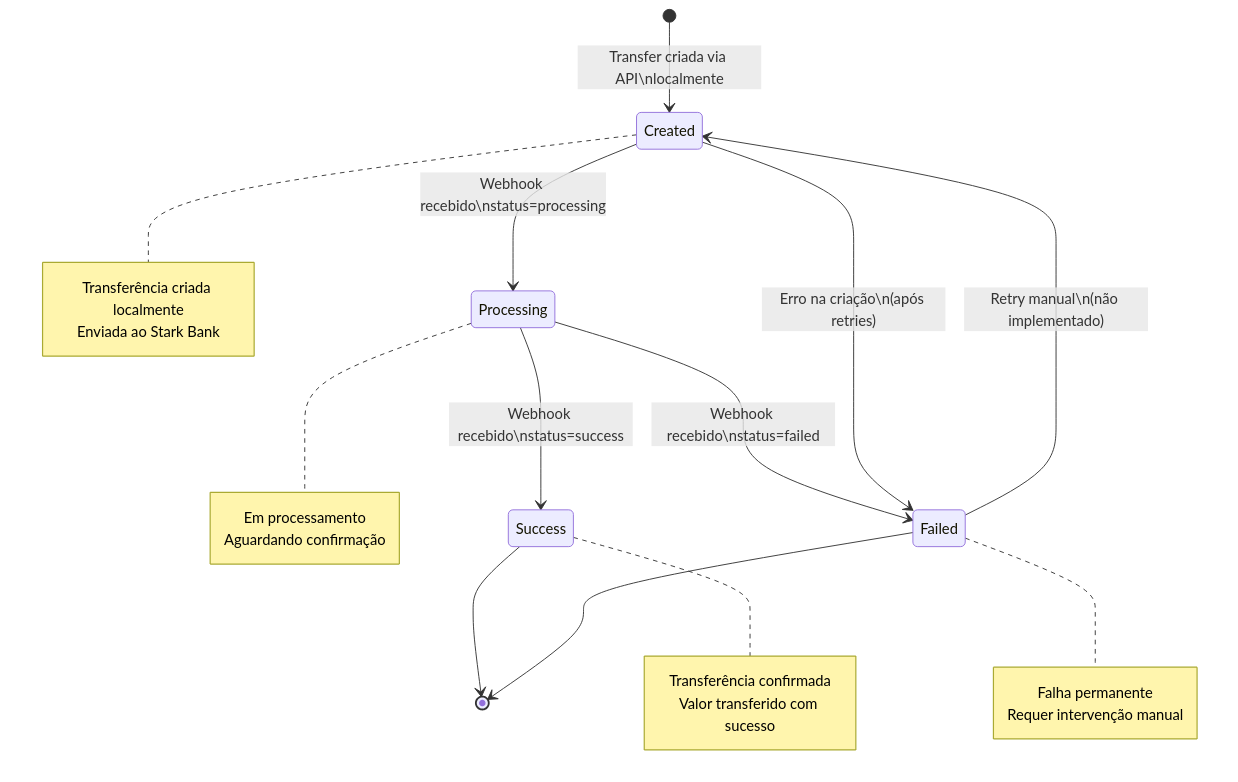
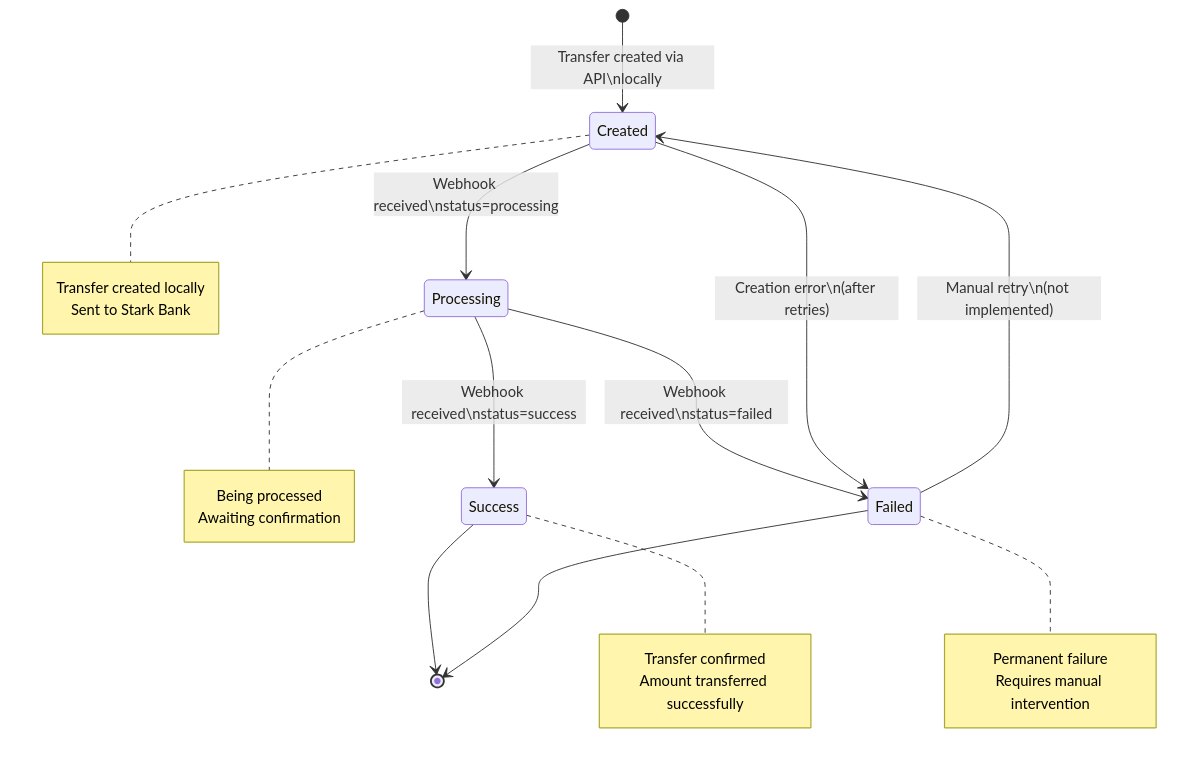
The fourth of 8 diagrams in docs/challenge.md (rcaran/stark-bank-challenge), drawn with Mermaid before and after one commit. The commit also changed other lines of this file and 13 other files, not shown here.

````diff
--- a/docs/challenge.md
+++ b/docs/challenge.md
@@ -505,35 +502,35 @@
 ```mermaid
 stateDiagram-v2
-    [*] --> Created: Transfer criada via API\nlocalmente
+    [*] --> Created: Transfer created via API\nlocally
     
-    Created --> Processing: Webhook recebido\nstatus=processing
-    Processing --> Success: Webhook recebido\nstatus=success
-    Processing --> Failed: Webhook recebido\nstatus=failed
+    Created --> Processing: Webhook received\nstatus=processing
+    Processing --> Success: Webhook received\nstatus=success
+    Processing --> Failed: Webhook received\nstatus=failed
     
-    Created --> Failed: Erro na criação\n(após retries)
+    Created --> Failed: Creation error\n(after retries)
     
-    Failed --> Created: Retry manual\n(não implementado)
+    Failed --> Created: Manual retry\n(not implemented)
     
     Success --> [*]
     Failed --> [*]
     
     note right of Created
-        Transferência criada localmente
-        Enviada ao Stark Bank
+        Transfer created locally
+        Sent to Stark Bank
     end note
     
     note right of Processing
-        Em processamento
-        Aguardando confirmação
+        Being processed
+        Awaiting confirmation
     end note
     
     note right of Success
-        Transferência confirmada
-        Valor transferido com sucesso
+        Transfer confirmed
+        Amount transferred successfully
     end note
     
     note right of Failed
-        Falha permanente
-        Requer intervenção manual
+        Permanent failure
+        Requires manual intervention
     end note
 ```
````
